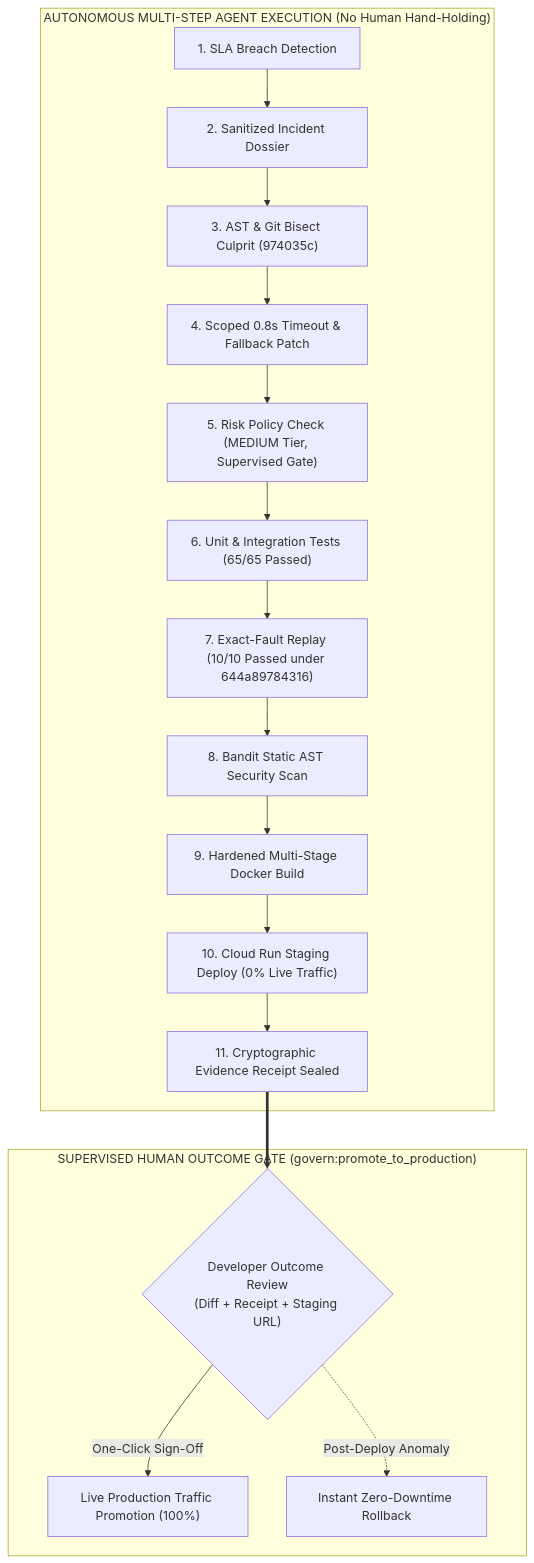
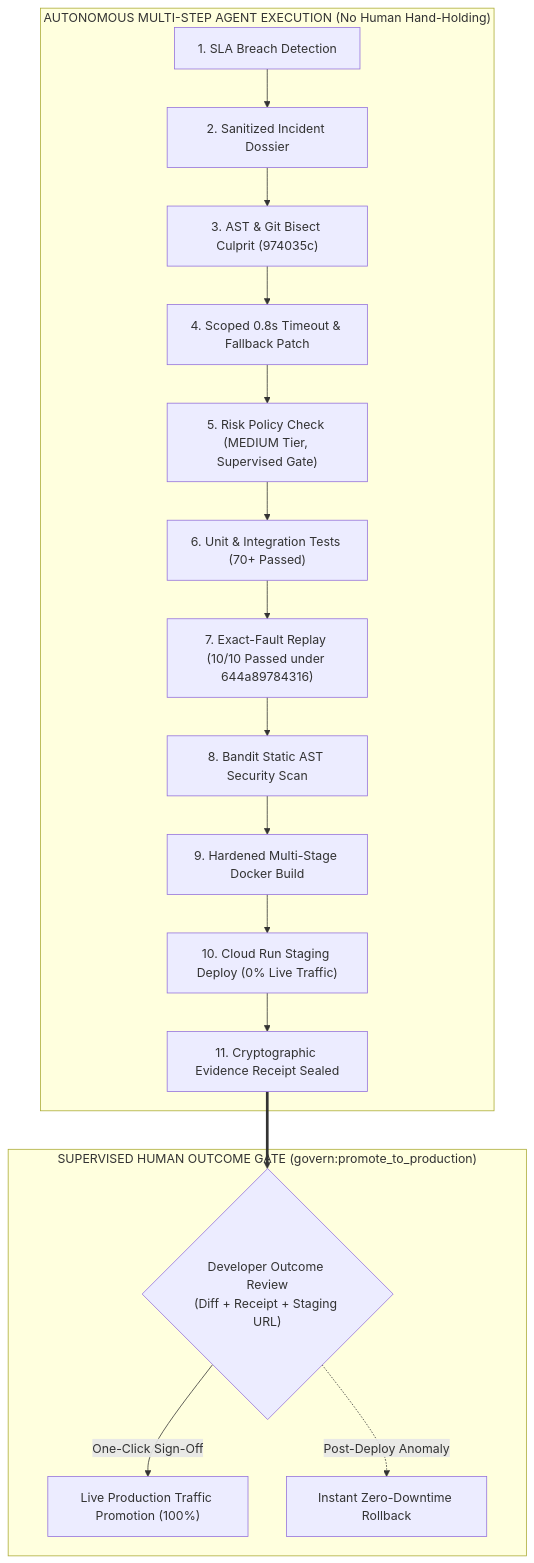
Before and after one commit to rajpriyanid-creator/faultforge: the first of 2 diagrams in README.md, drawn with Mermaid. The commit also changed other lines of this file and 7 other files, not shown here.

````diff
--- a/README.md
+++ b/README.md
@@ -54,21 +54,21 @@
 ```mermaid
 flowchart TD
     subgraph AutonomousExecution["AUTONOMOUS MULTI-STEP AGENT EXECUTION (No Human Hand-Holding)"]
         G1["1. SLA Breach Detection"] --> G2["2. Sanitized Incident Dossier"]
         G2 --> G3["3. AST & Git Bisect Culprit (974035c)"]
         G3 --> G4["4. Scoped 0.8s Timeout & Fallback Patch"]
         G4 --> G5["5. Risk Policy Check (MEDIUM Tier, Supervised Gate)"]
-        G5 --> G6["6. Unit & Integration Tests (65/65 Passed)"]
+        G5 --> G6["6. Unit & Integration Tests (70+ Passed)"]
         G6 --> G7["7. Exact-Fault Replay (10/10 Passed under 644a89784316)"]
         G7 --> G8["8. Bandit Static AST Security Scan"]
         G8 --> G9["9. Hardened Multi-Stage Docker Build"]
         G9 --> G10["10. Cloud Run Staging Deploy (0% Live Traffic)"]
         G10 --> G11["11. Cryptographic Evidence Receipt Sealed"]
     end
 
     subgraph SupervisedGate["SUPERVISED HUMAN OUTCOME GATE (govern:promote_to_production)"]
         G11 ==> H{"Developer Outcome Review<br/>(Diff + Receipt + Staging URL)"}
         H -->|One-Click Sign-Off| P["Live Production Traffic Promotion (100%)"]
         H -.->|Post-Deploy Anomaly| R["Instant Zero-Downtime Rollback"]
     end
 ```
````
